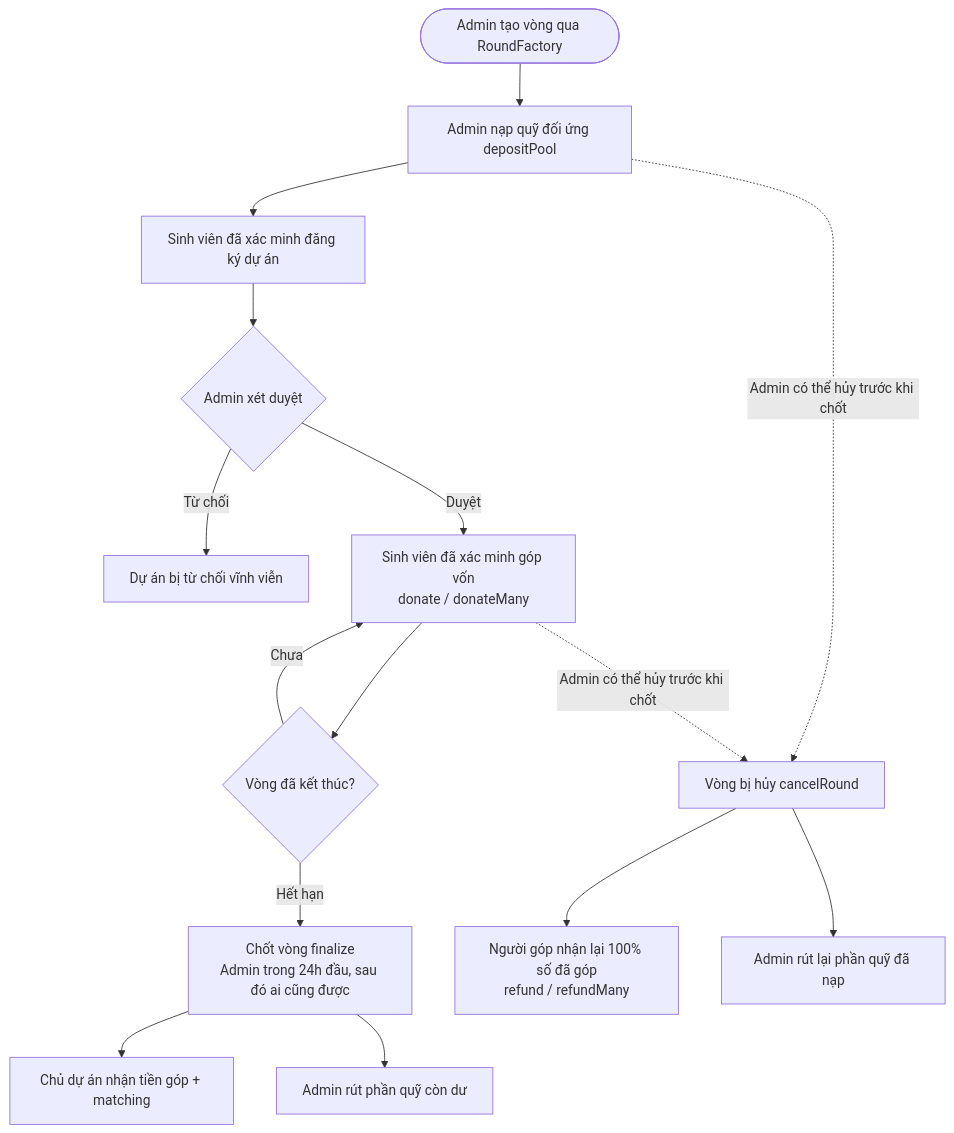
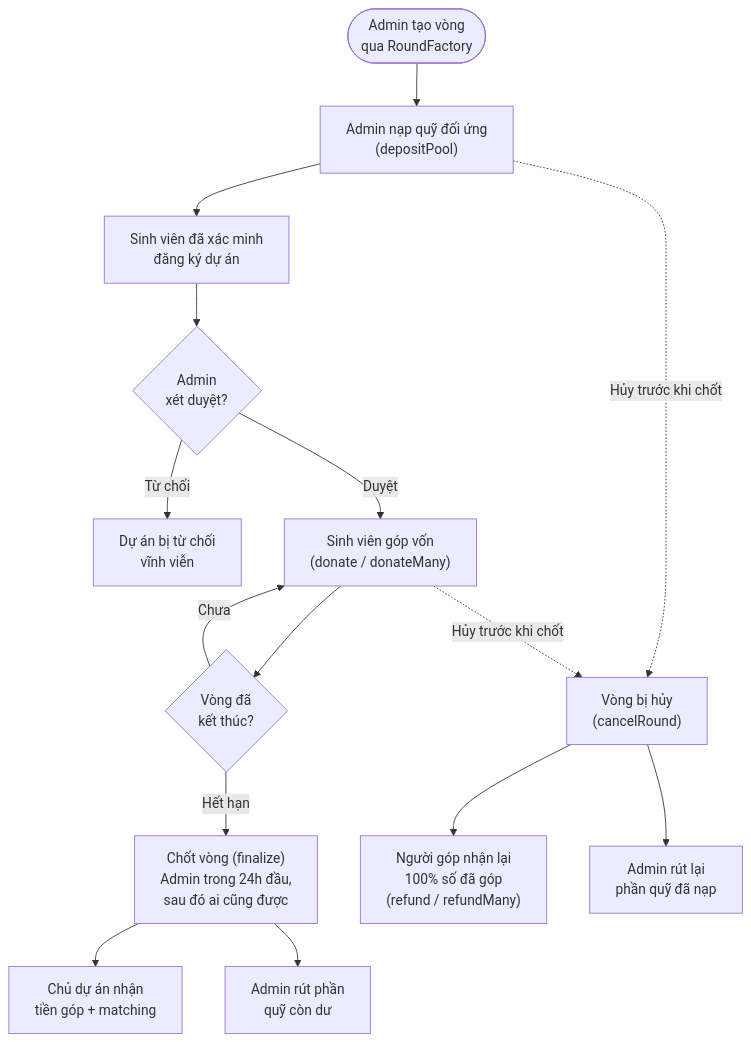
Before and after one commit to hlbaot/SqrtFund: the second of 2 diagrams in README.md, drawn with Mermaid.

Commit message:
docs: update project documentation in README.md

````diff
--- a/README.md
+++ b/README.md
@@ -95,20 +95,20 @@
 ```mermaid
 flowchart TD
-    A([Admin tạo vòng qua RoundFactory]) --> B[Admin nạp quỹ đối ứng depositPool]
-    B --> C[Sinh viên đã xác minh đăng ký dự án]
-    C --> D{Admin xét duyệt}
-    D -- Từ chối --> E[Dự án bị từ chối vĩnh viễn]
-    D -- Duyệt --> F[Sinh viên đã xác minh góp vốn<br/>donate / donateMany]
+    A(["Admin tạo vòng<br/>qua RoundFactory"]) --> B["Admin nạp quỹ đối ứng<br/>(depositPool)"]
+    B --> C["Sinh viên đã xác minh<br/>đăng ký dự án"]
+    C --> D{"Admin<br/>xét duyệt?"}
+    D -- "Từ chối" --> E["Dự án bị từ chối<br/>vĩnh viễn"]
+    D -- "Duyệt" --> F["Sinh viên góp vốn<br/>(donate / donateMany)"]
 
-    F --> G{Vòng đã kết thúc?}
-    G -- Chưa --> F
-    G -- Hết hạn --> H[Chốt vòng finalize<br/>Admin trong 24h đầu, sau đó ai cũng được]
+    F --> G{"Vòng đã<br/>kết thúc?"}
+    G -- "Chưa" --> F
+    G -- "Hết hạn" --> H["Chốt vòng (finalize)<br/>Admin trong 24h đầu,<br/>sau đó ai cũng được"]
     
-    H --> I[Chủ dự án nhận tiền góp + matching]
-    H --> J[Admin rút phần quỹ còn dư]
+    H --> I["Chủ dự án nhận<br/>tiền góp + matching"]
+    H --> J["Admin rút phần<br/>quỹ còn dư"]
 
-    B -. Admin có thể hủy trước khi chốt .-> K[Vòng bị hủy cancelRound]
-    F -. Admin có thể hủy trước khi chốt .-> K
-    K --> L[Người góp nhận lại 100% số đã góp<br/>refund / refundMany]
-    K --> M[Admin rút lại phần quỹ đã nạp]
+    B -. "Hủy trước khi chốt" .-> K["Vòng bị hủy<br/>(cancelRound)"]
+    F -. "Hủy trước khi chốt" .-> K
+    K --> L["Người góp nhận lại<br/>100% số đã góp<br/>(refund / refundMany)"]
+    K --> M["Admin rút lại<br/>phần quỹ đã nạp"]
 ```
````
